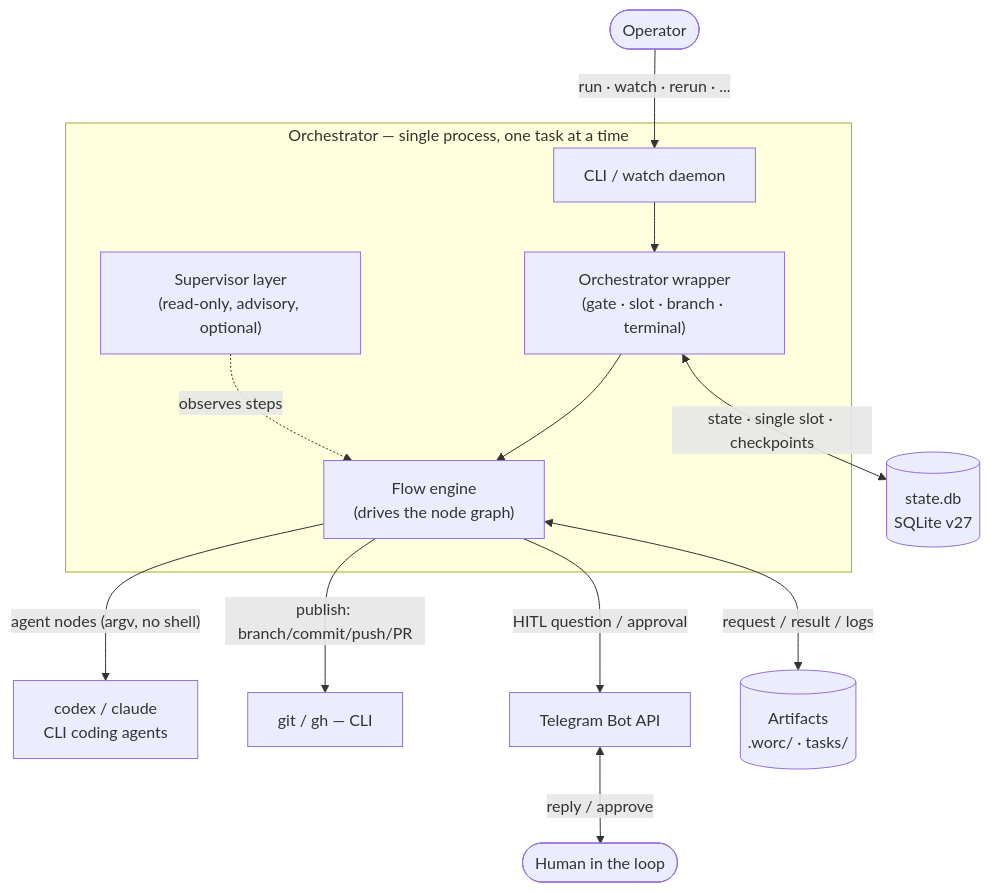
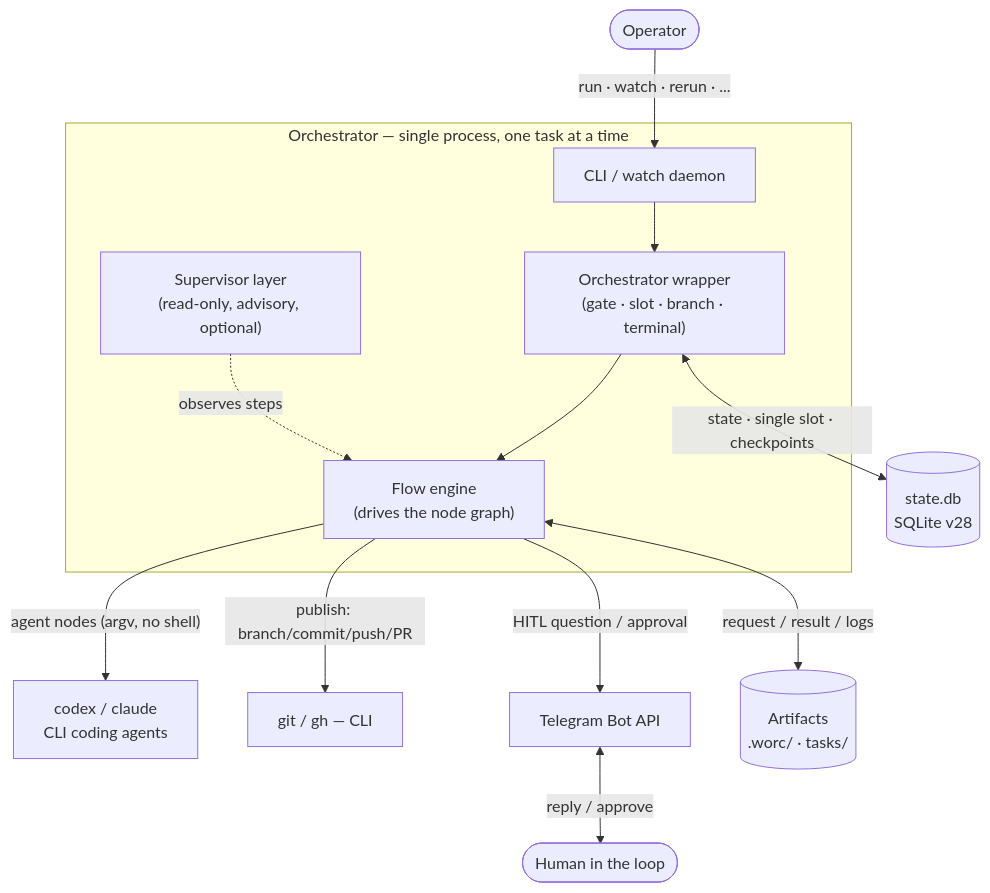
The first of 3 diagrams in docs/worc_architecture.md (VladimirMakarevich/wastech-orchestrator), drawn with Mermaid before and after one commit. The commit also changed other lines of this file and 18 other files, not shown here.

````diff
--- a/docs/worc_architecture.md
+++ b/docs/worc_architecture.md
@@ -30,28 +30,28 @@
 ```mermaid
 flowchart TB
     operator(["Operator"])
     human(["Human in the loop"])
 
     subgraph orc["Orchestrator — single process, one task at a time"]
         cli["CLI / watch daemon"]
         wrap["Orchestrator wrapper<br/>(gate · slot · branch · terminal)"]
         engine["Flow engine<br/>(drives the node graph)"]
         sup["Supervisor layer<br/>(read-only, advisory, optional)"]
         cli --> wrap --> engine
         sup -. observes steps .-> engine
     end
 
     agents["codex / claude<br/>CLI coding agents"]
     vcs["git / gh — CLI"]
     tg["Telegram Bot API"]
-    db[("state.db<br/>SQLite v27")]
+    db[("state.db<br/>SQLite v28")]
     art[("Artifacts<br/>.worc/ · tasks/")]
 
     operator -->|"run · watch · rerun · ..."| cli
     engine -->|"agent nodes (argv, no shell)"| agents
     engine -->|"publish: branch/commit/push/PR"| vcs
     engine -->|"HITL question / approval"| tg
     tg <-->|"reply / approve"| human
     wrap <-->|"state · single slot · checkpoints"| db
     engine <-->|"request / result / logs"| art
 ```
````
